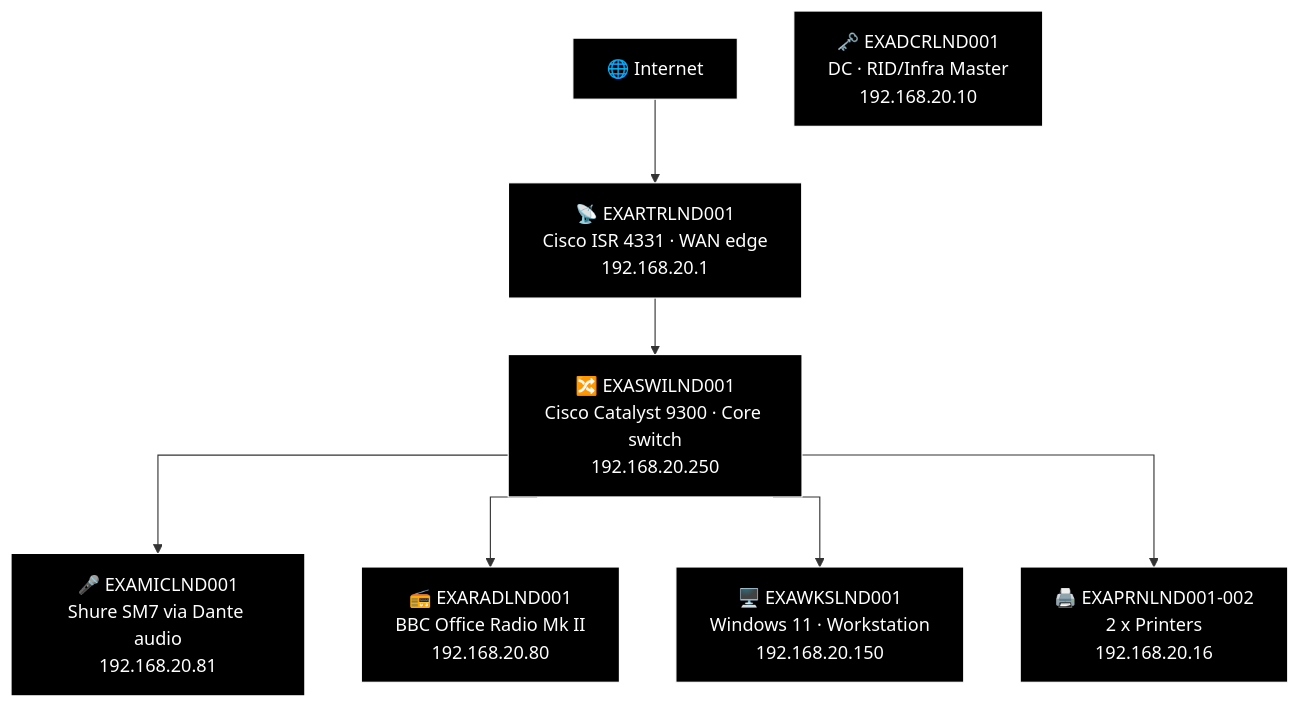
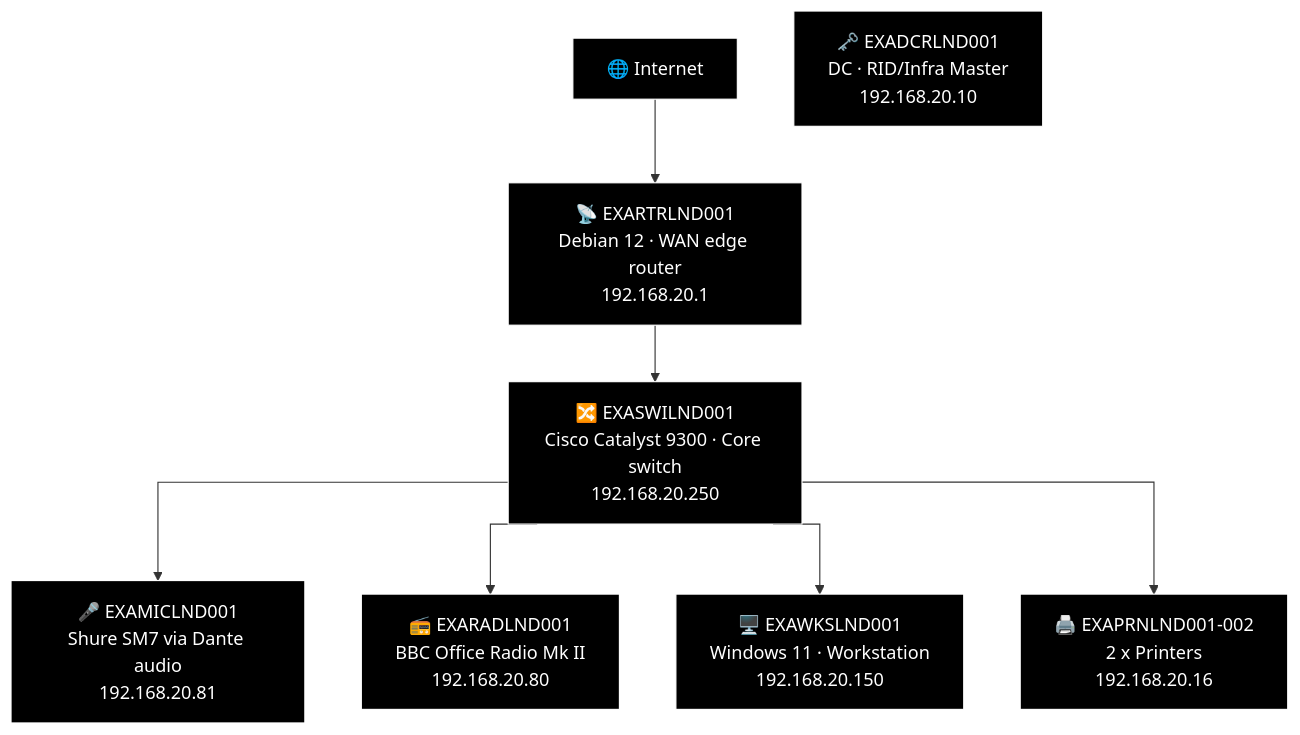
One commit to knightmare2600/example_music_infra changed the first of 27 diagrams in docs/network-diagram/england.md. Above: the diagram before and after it, drawn with Mermaid. The commit also changed other lines of this file and 9 other files, not shown here.

````diff
--- a/docs/network-diagram/england.md
+++ b/docs/network-diagram/england.md
@@ -27,29 +27,29 @@
 ```mermaid
 %% GENERATED:OLDNETWORK:LND:START
 %%{init: {'flowchart': {'curve': 'stepAfter'}}}%%
 graph TD
     O_INET["🌐 Internet"]
-    O_RTR["📡 EXARTRLND001<br/>Cisco ISR 4331 · WAN edge<br/>192.168.20.1"]
+    O_RTR["📡 EXARTRLND001<br/>Debian 12 · WAN edge router<br/>192.168.20.1"]
     O_SWI["🔀 EXASWILND001<br/>Cisco Catalyst 9300 · Core switch<br/>192.168.20.250"]
     O_DCR["🗝️ EXADCRLND001<br/>DC · RID/Infra Master<br/>192.168.20.10"]
     O_MIC["🎤 EXAMICLND001<br/>Shure SM7 via Dante audio<br/>192.168.20.81"]
     O_RAD["📻 EXARADLND001<br/>BBC Office Radio Mk II<br/>192.168.20.80"]
     O_WKS["🖥️ EXAWKSLND001<br/>Windows 11 · Workstation<br/>192.168.20.150"]
     O_PRN["🖨️ EXAPRNLND001-002<br/>2 x Printers<br/>192.168.20.16"]
     O_INET --> O_RTR
     O_RTR --> O_SWI
     O_SWI --> O_MIC
     O_SWI --> O_RAD
     O_SWI --> O_WKS
     O_SWI --> O_PRN
 
     style O_INET fill:#000000,stroke:#FFFFFF,color:#FFFFFF
     style O_RTR fill:#000000,stroke:#FFFFFF,color:#FFFFFF
     style O_SWI fill:#000000,stroke:#FFFFFF,color:#FFFFFF
     style O_DCR fill:#000000,stroke:#FFFFFF,color:#FFFFFF
     style O_MIC fill:#000000,stroke:#FFFFFF,color:#FFFFFF
     style O_RAD fill:#000000,stroke:#FFFFFF,color:#FFFFFF
     style O_WKS fill:#000000,stroke:#FFFFFF,color:#FFFFFF
     style O_PRN fill:#000000,stroke:#FFFFFF,color:#FFFFFF
 %% GENERATED:OLDNETWORK:LND:END
 ```
````
